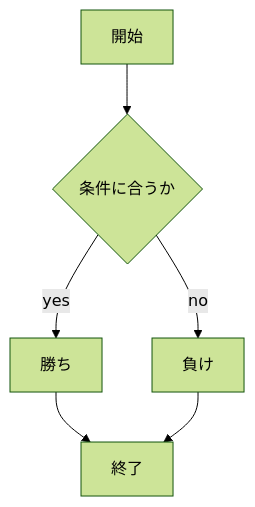
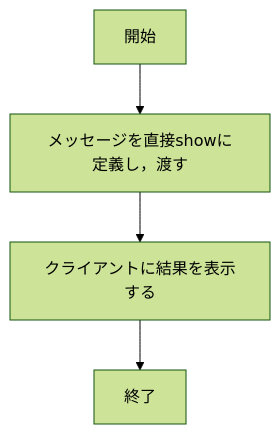
One commit to koki1005/webpro_06 changed the second of 7 diagrams in README.md. Above: the diagram before and after it, drawn with Mermaid (forest theme). The commit also changed other lines of this file and 2 other files, not shown here.

````diff
--- a/README.md
+++ b/README.md
@@ -17,14 +128,11 @@
 ```mermaid
 flowchart TD;
-    start["開始"]
-    end1["終了"]
-    if{"条件に合うか"}
-    win["勝ち"]
-    lose["負け"]
-    
-    start --> if
-    if -->|yes| win
-    win --> end1
-    if -->|no| lose
-    lose --> end1
+    a["開始"]
+    b["メッセージを直接showに定義し，渡す"]
+    c["クライアントに結果を表示する"]
+    d["終了"]
+
+    a --> b
+    b --> c
+    c --> d
 ```
````
